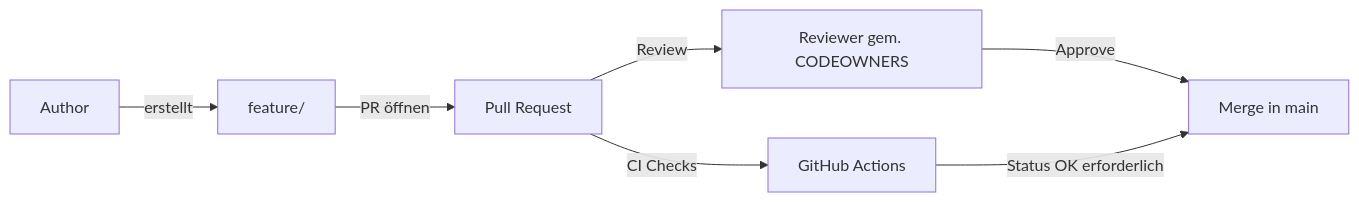
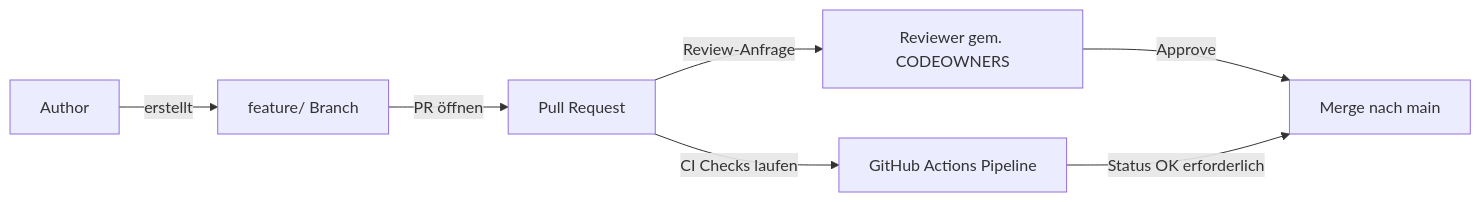
One commit to NikolayBorissovASTRA/bim changed the second of 2 diagrams in github/OpenAI_Executive Summary.md. Above: the diagram before and after it, drawn with Mermaid. The commit also changed other lines of this file, not shown here.

````diff
--- a/github/OpenAI_Executive Summary.md
+++ b/github/OpenAI_Executive Summary.md
@@ -79,9 +126,9 @@
 ```mermaid
 flowchart LR
-  Dev[Author] -->|erstellt| F[feature/<topic>]
+  Dev[Author] -->|erstellt| F[feature/<topic> Branch]
   F -->|PR öffnen| PR[Pull Request]
-  PR -->|CI Checks| CI[GitHub Actions]
-  PR -->|Review| Rev[Reviewer gem. CODEOWNERS]
-  Rev -->|Approve| M[Merge in main]
+  PR -->|CI Checks laufen| CI[GitHub Actions Pipeline]
+  PR -->|Review-Anfrage| Rev[Reviewer gem. CODEOWNERS]
+  Rev -->|Approve| M[Merge nach main]
   CI -->|Status OK erforderlich| M
 ```
````
